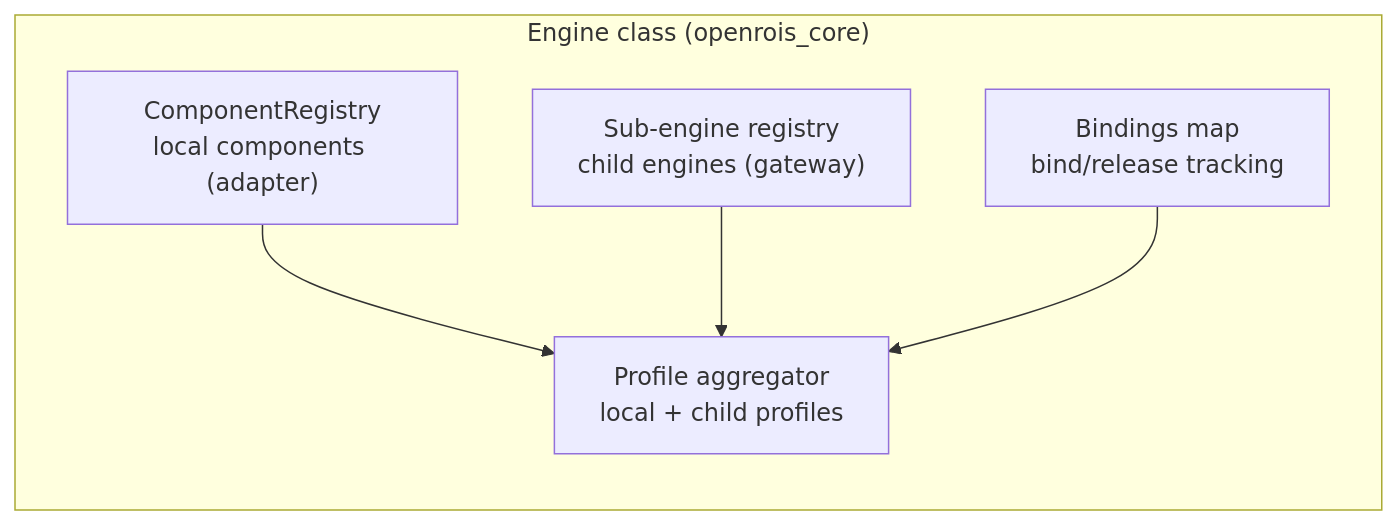
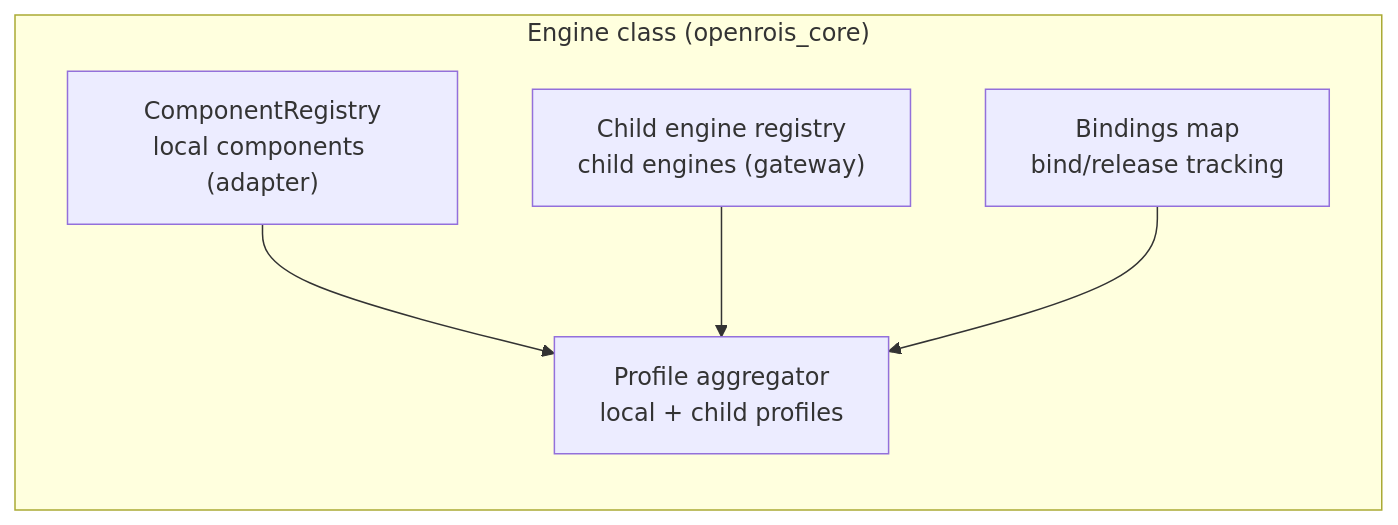
Before and after one commit to openrois/openrois: the third of 18 diagrams in docs/white-paper.md, drawn with Mermaid. The commit also changed other lines of this file and 43 other files, not shown here.

````diff
--- a/docs/white-paper.md
+++ b/docs/white-paper.md
@@ -296,13 +300,13 @@
 ```mermaid
 flowchart TB
     subgraph Engine["Engine class (openrois_core)"]
         direction TB
         CR["ComponentRegistry<br/>local components (adapter)"]
-        SR["Sub-engine registry<br/>child engines (gateway)"]
+        SR["Child engine registry<br/>child engines (gateway)"]
         Bind["Bindings map<br/>bind/release tracking"]
         Profile["Profile aggregator<br/>local + child profiles"]
         CR --> Profile
         SR --> Profile
         Bind --> Profile
     end
 ```
````
